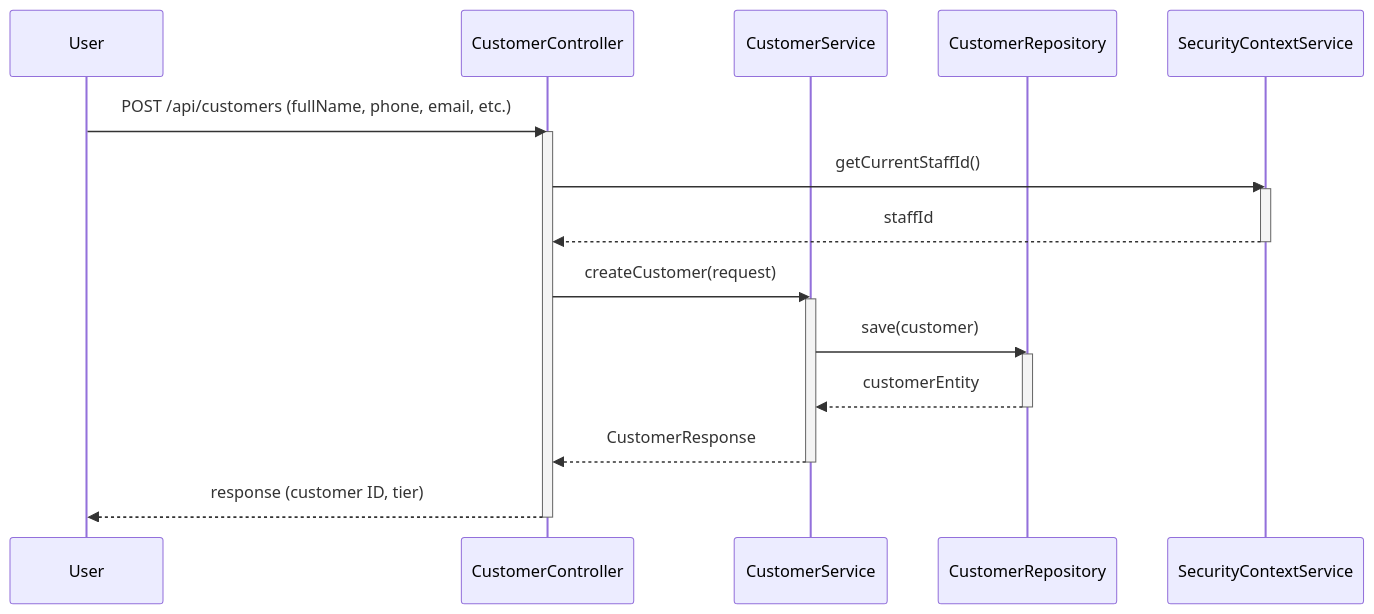
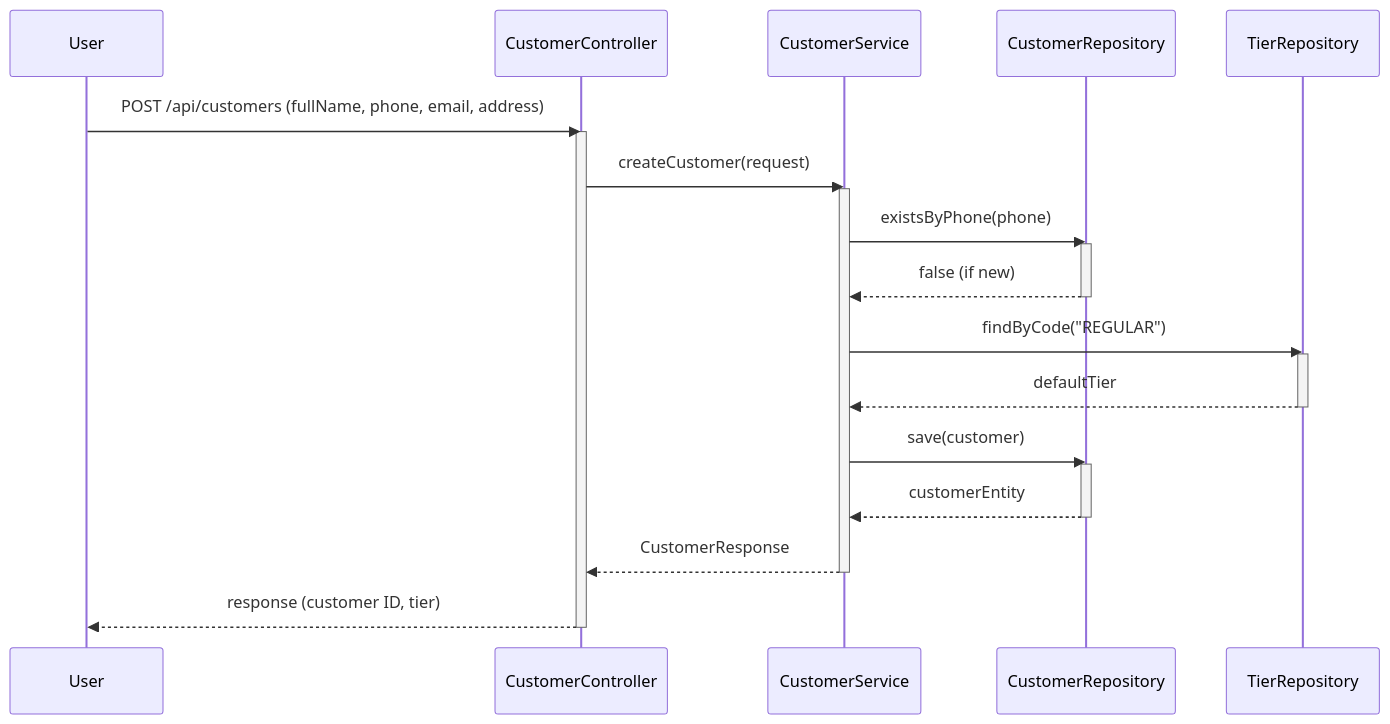
One commit to tdthanh-dev/ims-crm-spa-backend changed the third of 7 diagrams in sequence_diagrams.md. Above: the diagram before and after it, drawn with Mermaid. The commit also changed other lines of this file, not shown here.

````diff
--- a/sequence_diagrams.md
+++ b/sequence_diagrams.md
@@ -277,25 +74,29 @@
 ```mermaid
 sequenceDiagram
     participant User as User
     participant CustomerController
     participant CustomerService
     participant CustomerRepository
-    participant SecurityContextService
+    participant TierRepository
 
-    User->>CustomerController: POST /api/customers (fullName, phone, email, etc.)
+    User->>CustomerController: POST /api/customers (fullName, phone, email, address)
     activate CustomerController
-    CustomerController->>SecurityContextService: getCurrentStaffId()
-    activate SecurityContextService
-    SecurityContextService-->>CustomerController: staffId
-    deactivate SecurityContextService
     CustomerController->>CustomerService: createCustomer(request)
     activate CustomerService
+    CustomerService->>CustomerRepository: existsByPhone(phone)
+    activate CustomerRepository
+    CustomerRepository-->>CustomerService: false (if new)
+    deactivate CustomerRepository
+    CustomerService->>TierRepository: findByCode("REGULAR")
+    activate TierRepository
+    TierRepository-->>CustomerService: defaultTier
+    deactivate TierRepository
     CustomerService->>CustomerRepository: save(customer)
     activate CustomerRepository
     CustomerRepository-->>CustomerService: customerEntity
     deactivate CustomerRepository
     CustomerService-->>CustomerController: CustomerResponse
     deactivate CustomerService
     CustomerController-->>User: response (customer ID, tier)
     deactivate CustomerController
 ```
````
